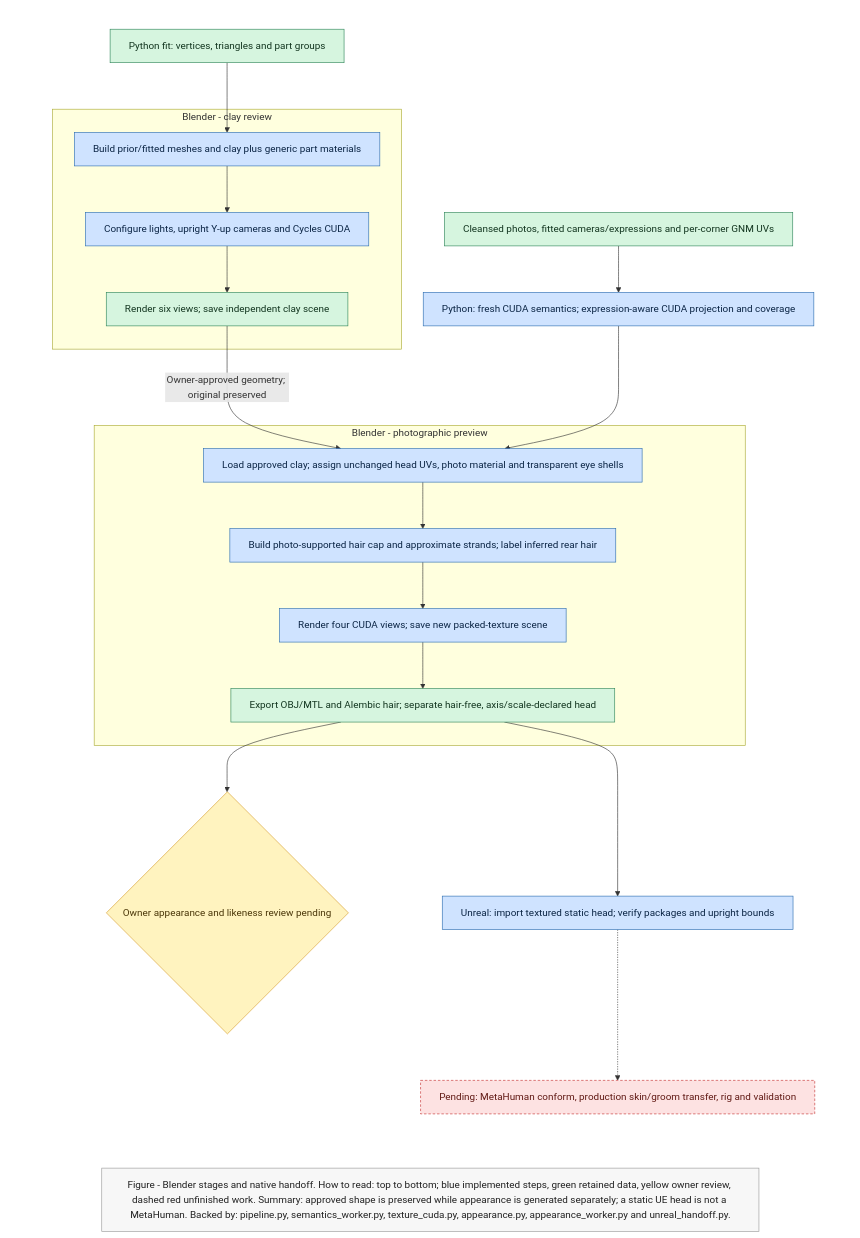
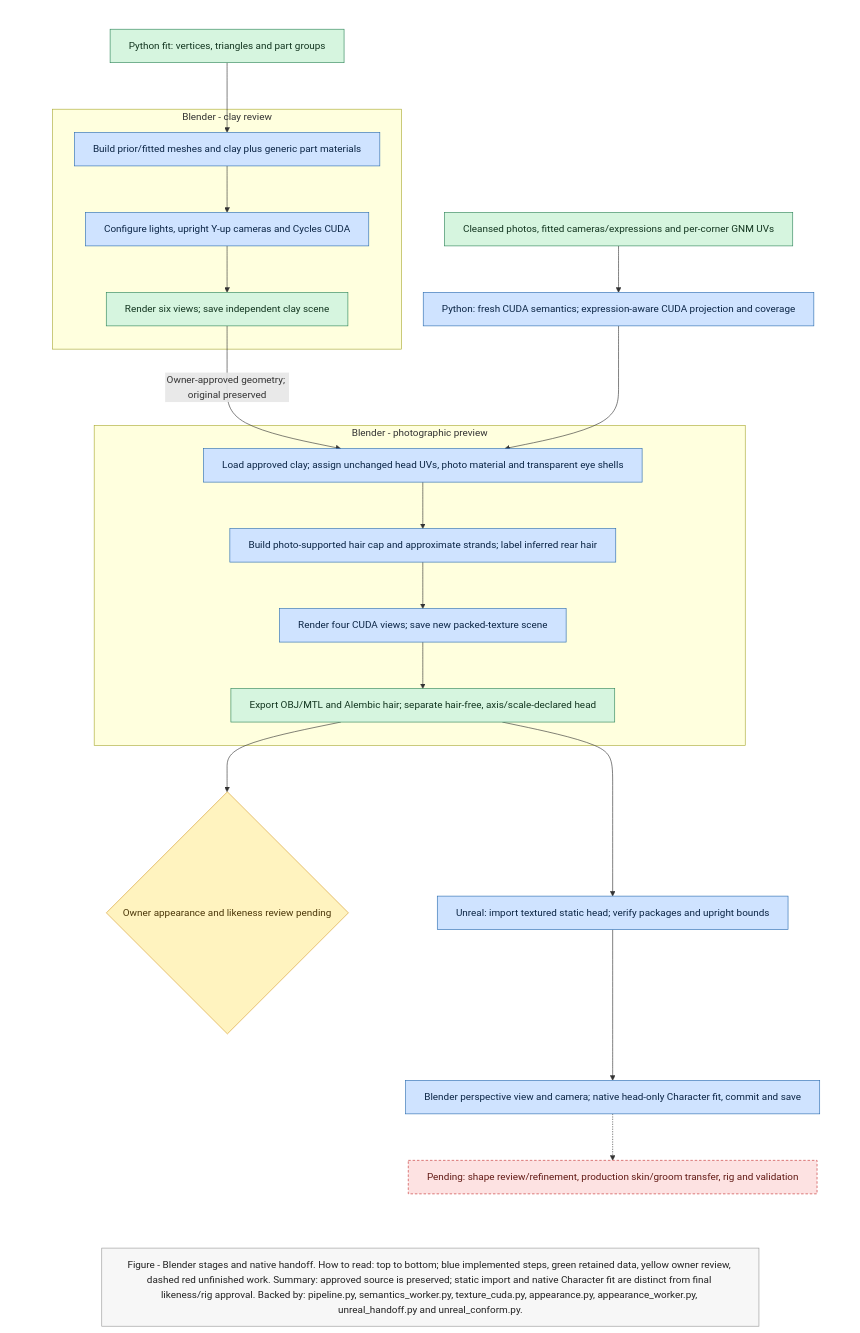
Before and after one commit to Arka95/ailias: the diagram in docs/facefitting/README.md, drawn with Mermaid. The commit also changed other lines of this file and 9 other files, not shown here.

First line of the commit message:
Add verified local MetaHuman head-only Character fitting

````diff
--- a/docs/facefitting/README.md
+++ b/docs/facefitting/README.md
@@ -44,37 +45,38 @@
 ```mermaid
 %%{init: {"flowchart": {"wrappingWidth": 1000}}}%%
 flowchart TB
     subgraph MAIN[" "]
         direction TB
         INPUT["Python fit: vertices, triangles and part groups"]:::store
         PHOTOS["Cleansed photos, fitted cameras/expressions and per-corner GNM UVs"]:::store
         subgraph CLAY["Blender - clay review"]
             LOAD["Build prior/fitted meshes and clay plus generic part materials"]:::svc
             SETUP["Configure lights, upright Y-up cameras and Cycles CUDA"]:::svc
             SAVE["Render six views; save independent clay scene"]:::store
             LOAD --> SETUP --> SAVE
         end
         INPUT --> LOAD
         PHOTOS --> BAKE["Python: fresh CUDA semantics; expression-aware CUDA projection and coverage"]:::svc
         subgraph APPEARANCE["Blender - photographic preview"]
             UV["Load approved clay; assign unchanged head UVs, photo material and transparent eye shells"]:::svc
             HAIR["Build photo-supported hair cap and approximate strands; label inferred rear hair"]:::svc
             RENDER["Render four CUDA views; save new packed-texture scene"]:::svc
             EXPORT["Export OBJ/MTL and Alembic hair; separate hair-free, axis/scale-declared head"]:::store
             UV --> HAIR --> RENDER --> EXPORT
         end
         SAVE -->|Owner-approved geometry; original preserved| UV
         BAKE --> UV
         EXPORT --> REVIEW{"Owner appearance and likeness review pending"}:::gate
         EXPORT --> UE["Unreal: import textured static head; verify packages and upright bounds"]:::svc
-        UE -.-> MH["Pending: MetaHuman conform, production skin/groom transfer, rig and validation"]:::unknown
+        UE --> CONFORM["Blender perspective view and camera; native head-only Character fit, commit and save"]:::svc
+        CONFORM -.-> MH["Pending: shape review/refinement, production skin/groom transfer, rig and validation"]:::unknown
     end
     MAIN ~~~ CAPTION
-    CAPTION["Figure - Blender stages and native handoff. How to read: top to bottom; blue implemented steps, green retained data, yellow owner review, dashed red unfinished work. Summary: approved shape is preserved while appearance is generated separately; a static UE head is not a MetaHuman. Backed by: pipeline.py, semantics_worker.py, texture_cuda.py, appearance.py, appearance_worker.py and unreal_handoff.py."]:::caption
+    CAPTION["Figure - Blender stages and native handoff. How to read: top to bottom; blue implemented steps, green retained data, yellow owner review, dashed red unfinished work. Summary: approved source is preserved; static import and native Character fit are distinct from final likeness/rig approval. Backed by: pipeline.py, semantics_worker.py, texture_cuda.py, appearance.py, appearance_worker.py, unreal_handoff.py and unreal_conform.py."]:::caption
     style MAIN fill:none,stroke:none
     classDef svc fill:#cfe3ff,stroke:#2b6cb0,color:#0b2545
     classDef store fill:#d6f5df,stroke:#2f855a,color:#12351f
     classDef gate fill:#fff3bf,stroke:#d69e2e,color:#4a3608
     classDef unknown fill:#fde2e2,stroke:#c53030,color:#611a15,stroke-dasharray:4 3
     classDef caption fill:#f7f7f7,stroke:#999,color:#222,font-size:16px
 ```
````
